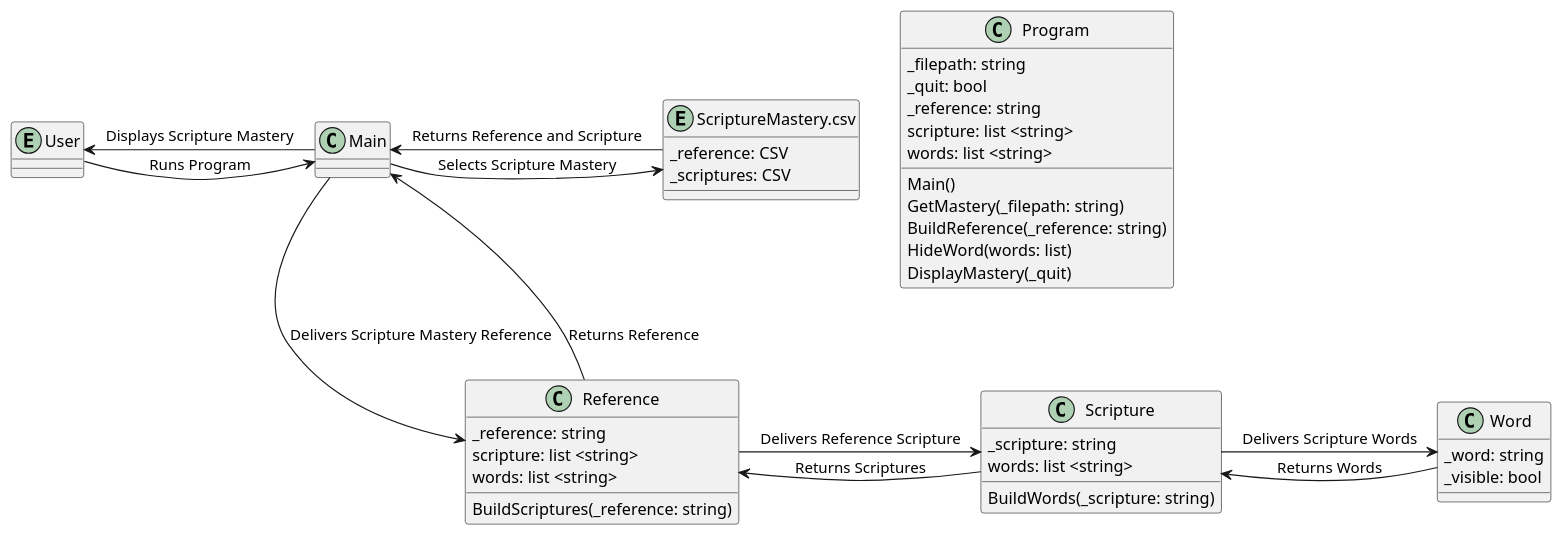
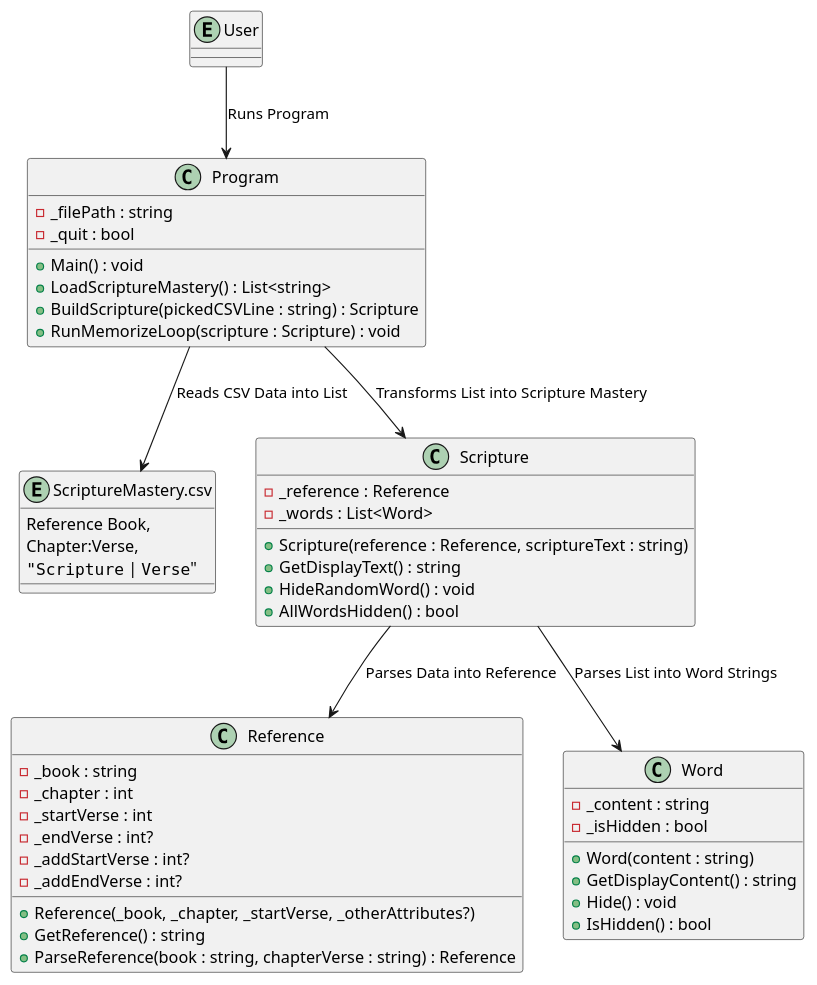
One commit to hwalkermerrill/cse210-programming-with-classes changed the diagram in prove/Develop03/classUML.wsd. Above: the diagram before and after it, drawn with PlantUML. The commit also changed 1 other file, not shown here.

Commit message:
update class UML

```diff
--- a/prove/Develop03/classUML.wsd
+++ b/prove/Develop03/classUML.wsd
@@ -1,55 +1,61 @@
 @startuml
+
+' ----- Other Entities -----
+
 entity User
 entity "ScriptureMastery.csv" as CSVFile {
-  _reference: CSV
-  _scriptures: CSV
+  Reference Book,
+  Chapter:Verse,
+  """Scripture"" | ""Verse"""
 }
 
+' ----- Classes -----
+
 class Program {
-  _filepath: string
-  _quit: bool
-  _reference: string
-  scripture: list <string>
-  words: list <string>
-  Main()
-  GetMastery(_filepath: string)
-  BuildReference(_reference: string)
-  HideWord(words: list)
-  DisplayMastery(_quit)
+  - _filePath : string
+  - _quit : bool
+  + Main() : void
+  + LoadScriptureMastery() : List<string>
+  + BuildScripture(pickedCSVLine : string) : Scripture
+  + RunMemorizeLoop(scripture : Scripture) : void
+}
+class Scripture {
+  - _reference : Reference
+  - _words : List<Word>
+  + Scripture(reference : Reference, scriptureText : string)
+  + GetDisplayText() : string
+  + HideRandomWord() : void
+  + AllWordsHidden() : bool
+}
+class Reference {
+  - _book : string
+  - _chapter : int
+  - _startVerse : int
+  - _endVerse : int?
+  - _addStartVerse : int?
+  - _addEndVerse : int?
+  + Reference(_book, _chapter, _startVerse, _otherAttributes?)
+  + GetReference() : string
+  + ParseReference(book : string, chapterVerse : string) : Reference
+}
+class Word {
+  - _content : string
+  - _isHidden : bool
+  + Word(content : string)
+  + GetDisplayContent() : string
+  + Hide() : void
+  + IsHidden() : bool
 }
 
-class Reference {
-  _reference: string
-  scripture: list <string>
-  words: list <string>
-  BuildScriptures(_reference: string)
-}
+' ----- Relationships -----
 
-class Scripture {
-  _scripture: string
-  words: list <string>
-  BuildWords(_scripture: string)
-}
 
-class Word {
-  _word: string
-  _visible: bool
-}
+User --> Program : Runs Program
 
-User -> Main: Runs Program
-User <-- Main: Displays Scripture Mastery
+Program --> CSVFile : Reads CSV Data into List
+Program --> Scripture : Transforms List into Scripture Mastery
 
-Main -> CSVFile: Selects Scripture Mastery
-Main <-- CSVFile: Returns Reference and Scripture
+Scripture --> Reference : Parses Data into Reference
+Scripture --> Word : Parses List into Word Strings
 
-CSVFile -[hidden]-> Reference
-
-Main -> Reference: Delivers Scripture Mastery Reference
-Main <-- Reference: Returns Reference
-
-Reference -> Scripture: Delivers Reference Scripture
-Reference <-- Scripture: Returns Scriptures
-
-Scripture -> Word: Delivers Scripture Words
-Scripture <-- Word: Returns Words
 @enduml
```
